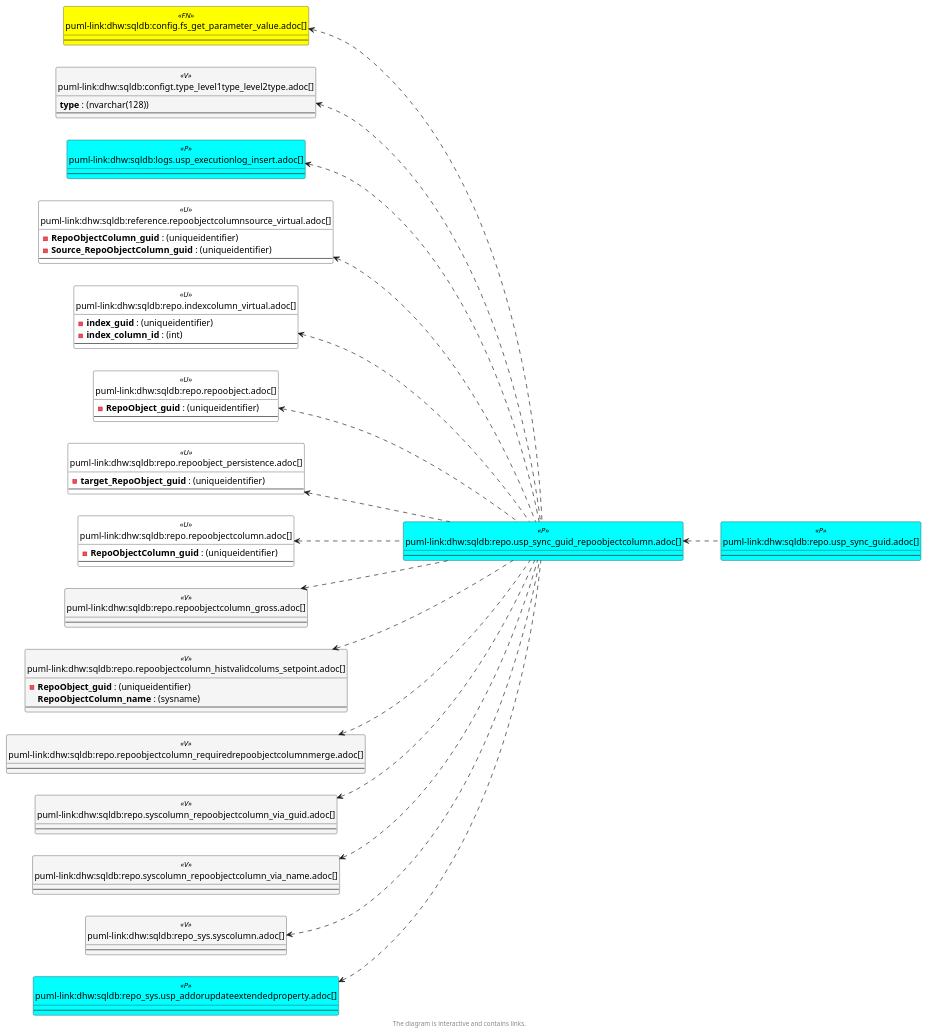
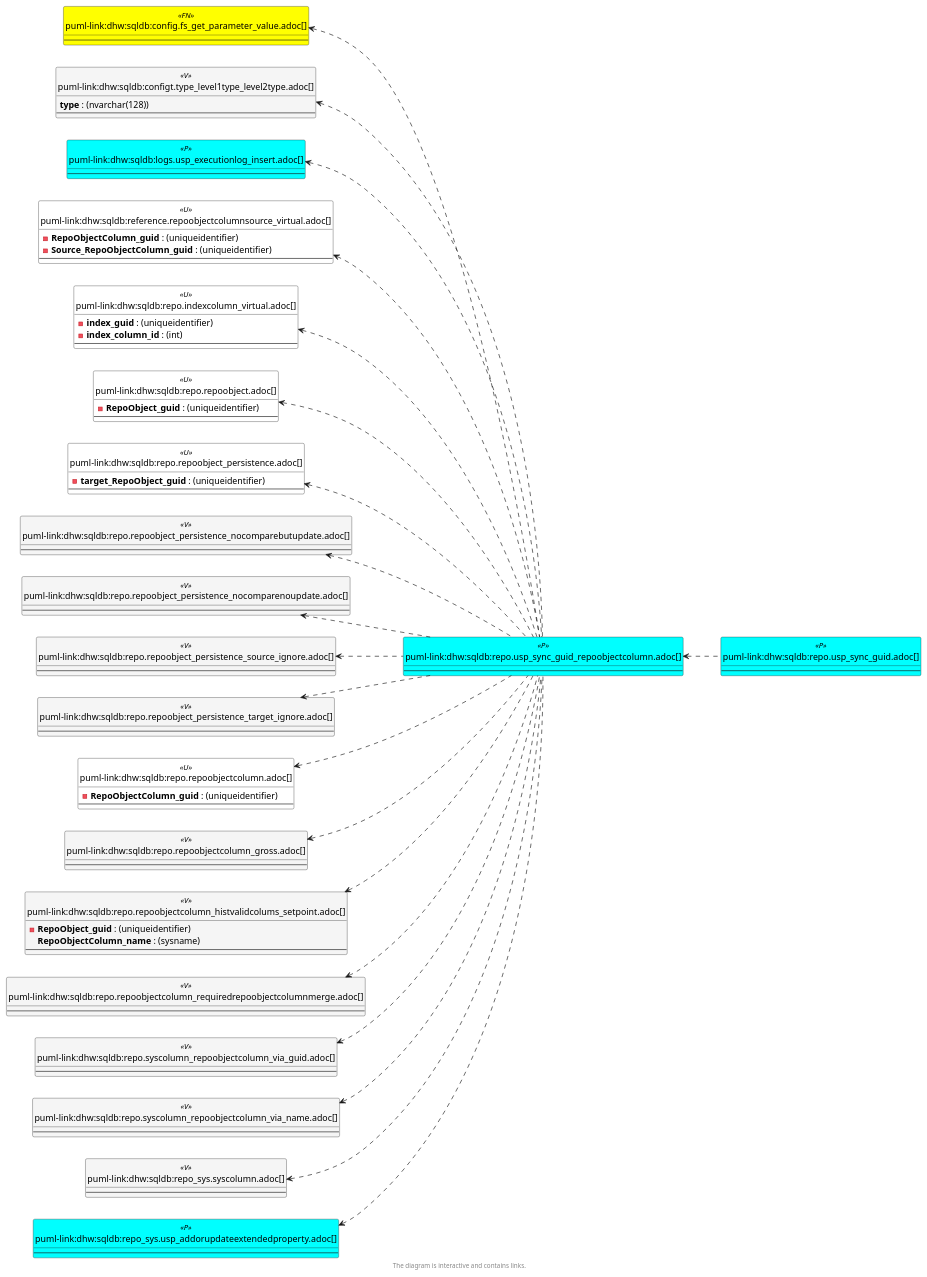
One commit to DataHandwerk/dhw-antora-sqldb changed the third of 6 diagrams in docs/modules/sqldb/partials/content/repo.usp_sync_guid_repoobjectcolumn.adoc. Above: the diagram before and after it, drawn with PlantUML. The commit also changed other lines of this file and 751 other files, not shown here.

```diff
--- a/docs/modules/sqldb/partials/content/repo.usp_sync_guid_repoobjectcolumn.adoc
+++ b/docs/modules/sqldb/partials/content/repo.usp_sync_guid_repoobjectcolumn.adoc
@@ -2544,6 +2678,22 @@
   --
 }
 
+entity "puml-link:dhw:sqldb:repo.repoobject_persistence_nocomparebutupdate.adoc[]" as repo.RepoObject_persistence_NoCompareButUpdate << V >> {
+  --
+}
+
+entity "puml-link:dhw:sqldb:repo.repoobject_persistence_nocomparenoupdate.adoc[]" as repo.RepoObject_persistence_NoCompareNoUpdate << V >> {
+  --
+}
+
+entity "puml-link:dhw:sqldb:repo.repoobject_persistence_source_ignore.adoc[]" as repo.RepoObject_persistence_source_Ignore << V >> {
+  --
+}
+
+entity "puml-link:dhw:sqldb:repo.repoobject_persistence_target_ignore.adoc[]" as repo.RepoObject_persistence_target_Ignore << V >> {
+  --
+}
+
 entity "puml-link:dhw:sqldb:repo.repoobjectcolumn.adoc[]" as repo.RepoObjectColumn << U >> {
   - **RepoObjectColumn_guid** : (uniqueidentifier)
   --
@@ -2594,6 +2744,10 @@
 repo.IndexColumn_virtual <.. repo.usp_sync_guid_RepoObjectColumn
 repo.RepoObject <.. repo.usp_sync_guid_RepoObjectColumn
 repo.RepoObject_persistence <.. repo.usp_sync_guid_RepoObjectColumn
+repo.RepoObject_persistence_NoCompareButUpdate <.. repo.usp_sync_guid_RepoObjectColumn
+repo.RepoObject_persistence_NoCompareNoUpdate <.. repo.usp_sync_guid_RepoObjectColumn
+repo.RepoObject_persistence_source_Ignore <.. repo.usp_sync_guid_RepoObjectColumn
+repo.RepoObject_persistence_target_Ignore <.. repo.usp_sync_guid_RepoObjectColumn
 repo.RepoObjectColumn <.. repo.usp_sync_guid_RepoObjectColumn
 repo.RepoObjectColumn_gross <.. repo.usp_sync_guid_RepoObjectColumn
 repo.RepoObjectColumn_HistValidColums_setpoint <.. repo.usp_sync_guid_RepoObjectColumn
```
